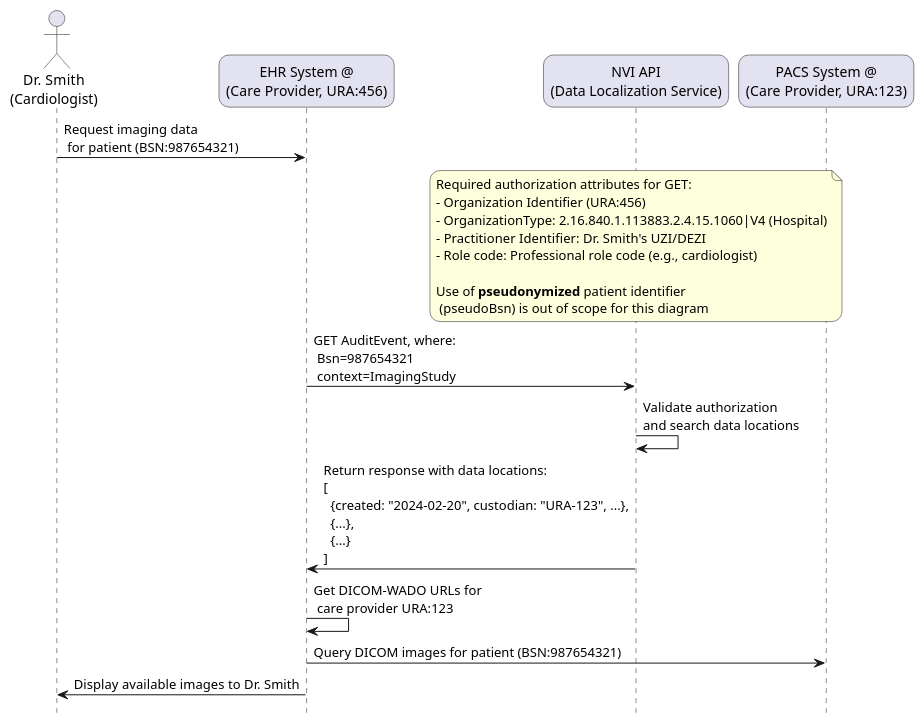
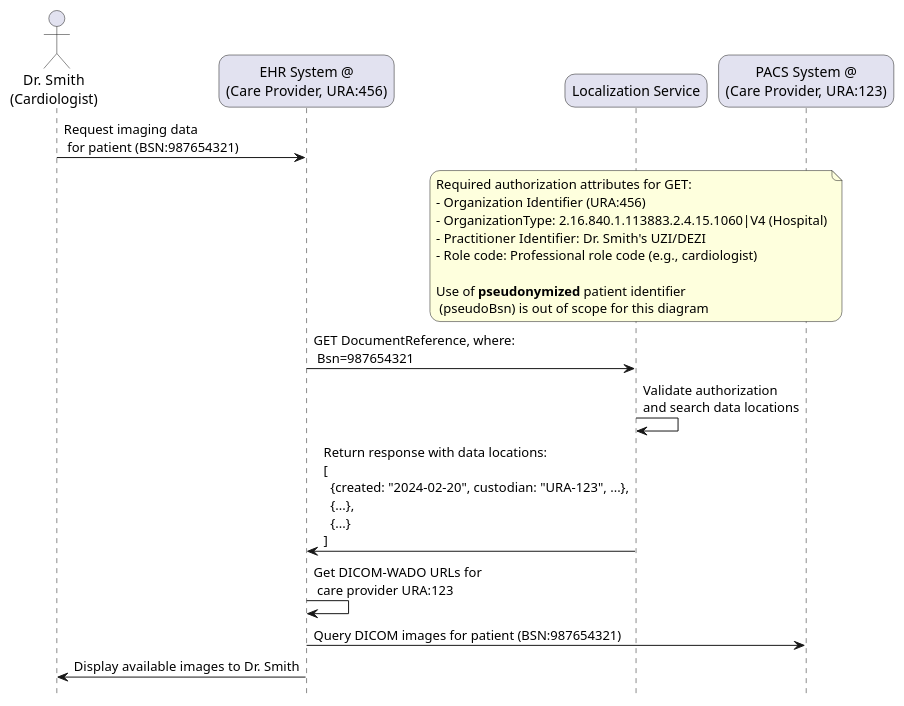
Before and after one commit to nuts-foundation/nl-generic-functions-ig: the diagram in input/images-source/localization-cardiologist-imaging-search.plantuml, drawn with PlantUML. The commit also changed 11 other files, not shown here.

Commit message:
data model to DocumentReference

```diff
--- a/input/images-source/localization-cardiologist-imaging-search.plantuml
+++ b/input/images-source/localization-cardiologist-imaging-search.plantuml
@@ -1,42 +1,42 @@
 @startuml localization-cardiologist-imaging-search
 
 skinparam roundcorner 20
 skinparam defaultFontName Arial 
 hide footbox
 
 !pragma teoz true
 
 actor "Dr. Smith\n(Cardiologist)" as doctor
 participant "EHR System @\n(Care Provider, URA:456)" as ehr
-participant "NVI API\n(Data Localization Service)" as nvi
+participant "Localization Service" as nvi
 participant "PACS System @\n(Care Provider, URA:123)" as pacs
 
 doctor -> ehr: Request imaging data\n for patient (BSN:987654321)
 
 note over nvi
   Required authorization attributes for GET:
   - Organization Identifier (URA:456)
   - OrganizationType: 2.16.840.1.113883.2.4.15.1060|V4 (Hospital)
   - Practitioner Identifier: Dr. Smith's UZI/DEZI 
   - Role code: Professional role code (e.g., cardiologist)
 
   Use of **pseudonymized** patient identifier 
    (pseudoBsn) is out of scope for this diagram
 end note
 
-ehr -> nvi: GET AuditEvent, where:\n Bsn=987654321\n context=ImagingStudy
+ehr -> nvi: GET DocumentReference, where:\n Bsn=987654321
 
 
 
 nvi -> nvi: Validate authorization\nand search data locations
 
 nvi -> ehr: Return response with data locations:\n[\n  {created: "2024-02-20", custodian: "URA-123", ...},\n  {...},\n  {...}\n]
 
 
 ehr -> ehr: Get DICOM-WADO URLs for\n care provider URA:123
 
 ehr -> pacs: Query DICOM images for patient (BSN:987654321)
 
 ehr -> doctor: Display available images to Dr. Smith
 
 @enduml
```
